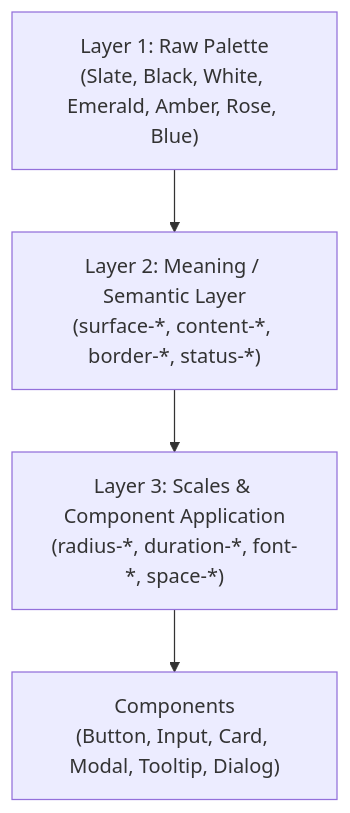
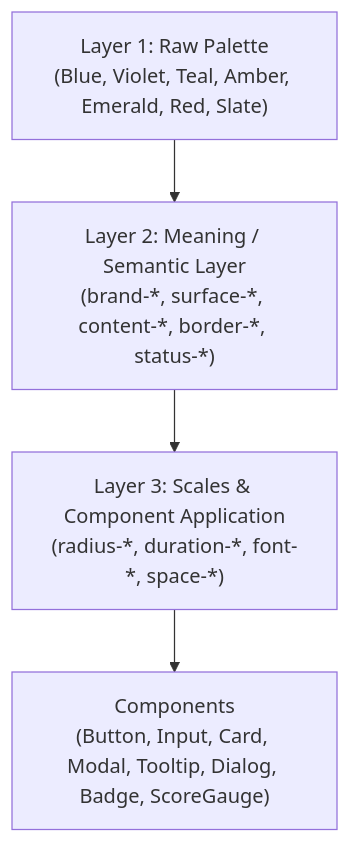
The diagram in docs/DESIGN_SYSTEM.md (KALYAN17408/RESUME), drawn with Mermaid before and after one commit. The commit also changed other lines of this file and 27 other files, not shown here.

````diff
--- a/docs/DESIGN_SYSTEM.md
+++ b/docs/DESIGN_SYSTEM.md
@@ -13,6 +14,6 @@
 ```mermaid
 flowchart TD
-    A["Layer 1: Raw Palette<br/>(Slate, Black, White, Emerald, Amber, Rose, Blue)"] --> B["Layer 2: Meaning / Semantic Layer<br/>(surface-*, content-*, border-*, status-*)"]
+    A["Layer 1: Raw Palette<br/>(Blue, Violet, Teal, Amber, Emerald, Red, Slate)"] --> B["Layer 2: Meaning / Semantic Layer<br/>(brand-*, surface-*, content-*, border-*, status-*)"]
     B --> C["Layer 3: Scales & Component Application<br/>(radius-*, duration-*, font-*, space-*)"]
-    C --> D["Components<br/>(Button, Input, Card, Modal, Tooltip, Dialog)"]
+    C --> D["Components<br/>(Button, Input, Card, Modal, Tooltip, Dialog, Badge, ScoreGauge)"]
 ```
````
